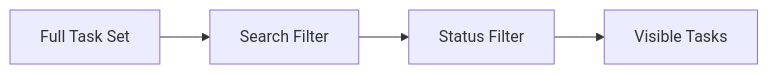
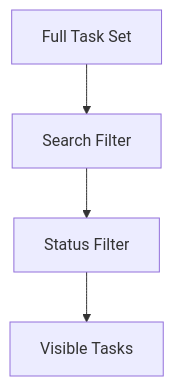
The diagram in docs/business-logic/discovery-logic.md (Gringo2/zero-task), drawn with Mermaid before and after one commit. The commit also changed other lines of this file and 5 other files, not shown here.

````diff
--- a/docs/business-logic/discovery-logic.md
+++ b/docs/business-logic/discovery-logic.md
@@ -47,6 +51,6 @@
 ```mermaid
-flowchart LR
-    Dataset[Full Task Set] --> Search[Search Filter]
-    Search --> Status[Status Filter]
-    Status --> View[Visible Tasks]
+graph TD
+    Dataset["Full Task Set"] --> Search["Search Filter"]
+    Search --> Status["Status Filter"]
+    Status --> View["Visible Tasks"]
 ```
````
